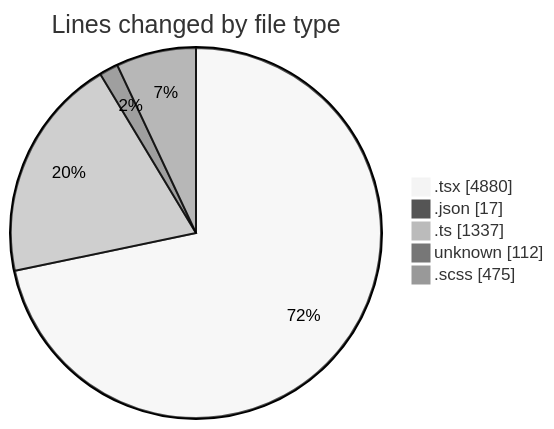
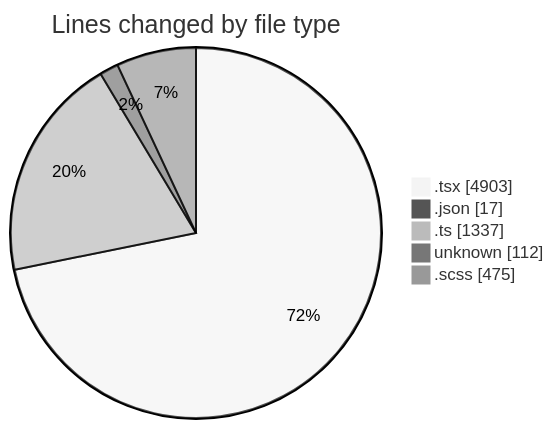
One commit to momahboobian/code-tracking changed the first of 2 diagrams in 2026-04-30/cda/README.md. Above: the diagram before and after it, drawn with Mermaid (neutral theme). The commit also changed other lines of this file and 1 other file, not shown here.

````diff
--- a/2026-04-30/cda/README.md
+++ b/2026-04-30/cda/README.md
@@ -69,9 +69,9 @@
 ```mermaid
 pie showData
 title Lines changed by file type
-".tsx" : 4880
+".tsx" : 4903
 ".json" : 17
 ".ts" : 1337
 "unknown" : 112
 ".scss" : 475
 ```
````
